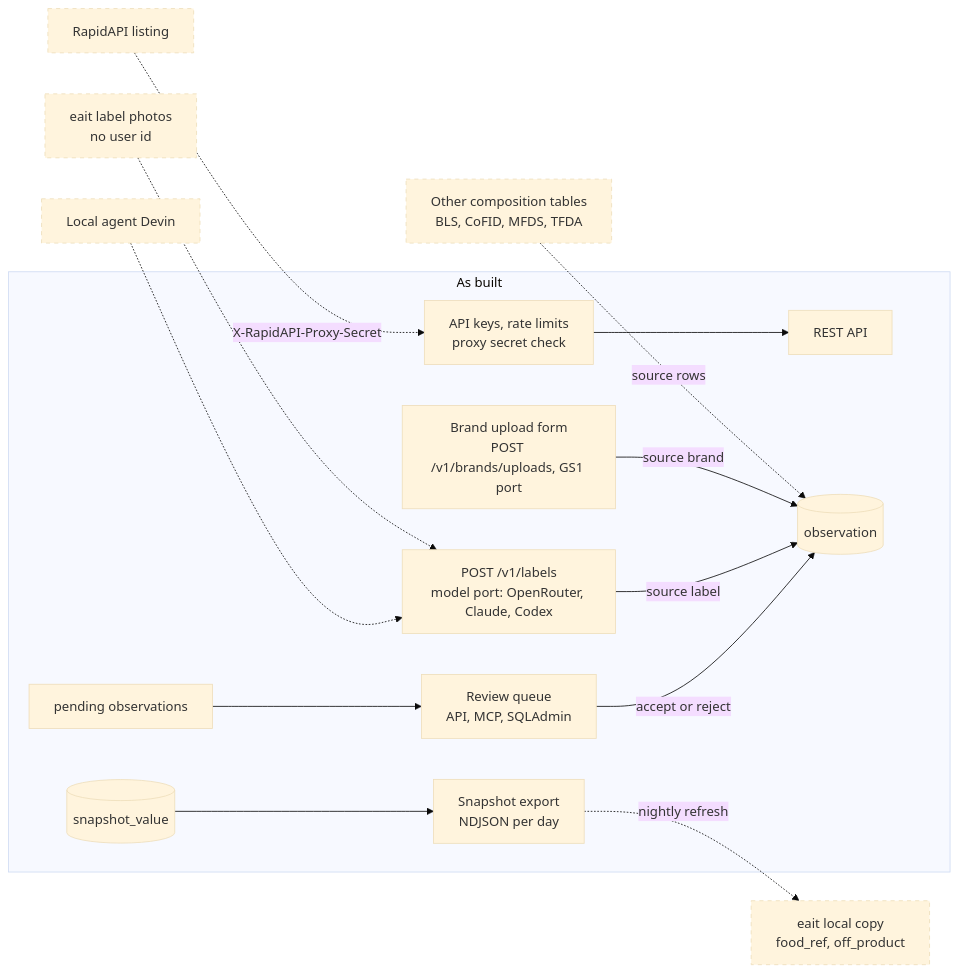
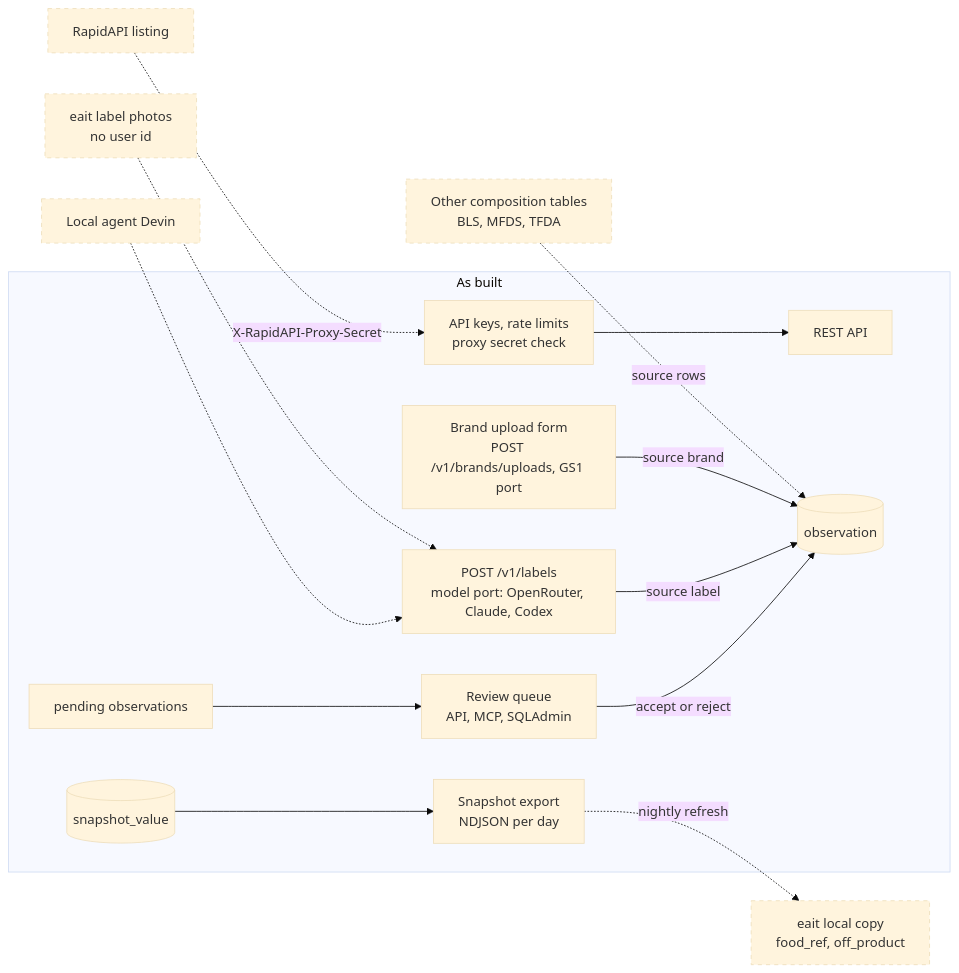
One commit to eait-fit/fooddb changed diagram 19 of 19 in docs/architecture.md. Above: the diagram before and after it, drawn with Mermaid (base theme). The commit also changed other lines of this file and 15 other files, not shown here.

First line of the commit message:
feat: CoFID (UK) composition table intake (#56)

````diff
--- a/docs/architecture.md
+++ b/docs/architecture.md
@@ -1434,32 +1443,32 @@
 ```mermaid
 flowchart LR
     subgraph built["As built"]
         api["REST API"]
         auth["API keys, rate limits<br/>proxy secret check"]
         obs[("observation")]
         pend["pending observations"]
         review["Review queue<br/>API, MCP, SQLAdmin"]
         snap[("snapshot_value")]
         exp["Snapshot export<br/>NDJSON per day"]
         labels["POST /v1/labels<br/>model port: OpenRouter, Claude, Codex"]
         brand["Brand upload form<br/>POST /v1/brands/uploads, GS1 port"]
     end
-    tables["Other composition tables<br/>BLS, CoFID, MFDS, TFDA"]
+    tables["Other composition tables<br/>BLS, MFDS, TFDA"]
     eaitp["eait label photos<br/>no user id"]
     devin["Local agent Devin"]
     listing["RapidAPI listing"]
     eaitc["eait local copy<br/>food_ref, off_product"]
     tables -.->|"source rows"| obs
     brand -->|"source brand"| obs
     eaitp -.-> labels
     devin -.-> labels
     labels -->|"source label"| obs
     pend --> review
     review -->|"accept or reject"| obs
     listing -.->|"X-RapidAPI-Proxy-Secret"| auth
     auth --> api
     snap --> exp
     exp -.->|"nightly refresh"| eaitc
     classDef planned stroke-dasharray: 5 5
     class tables,eaitp,devin,listing,eaitc planned
 ```
````
